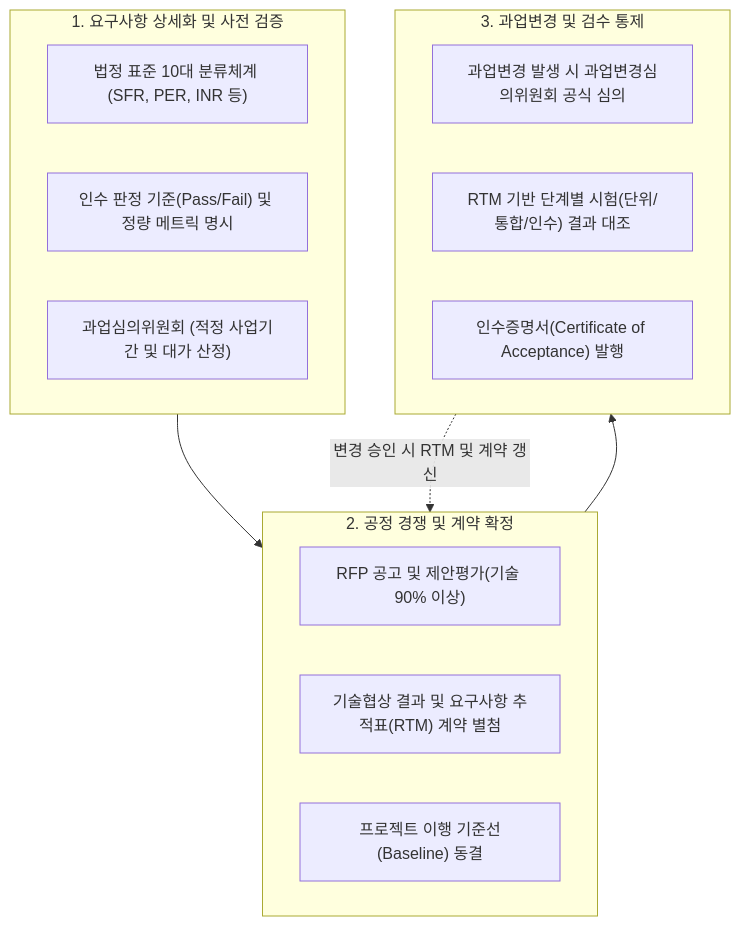
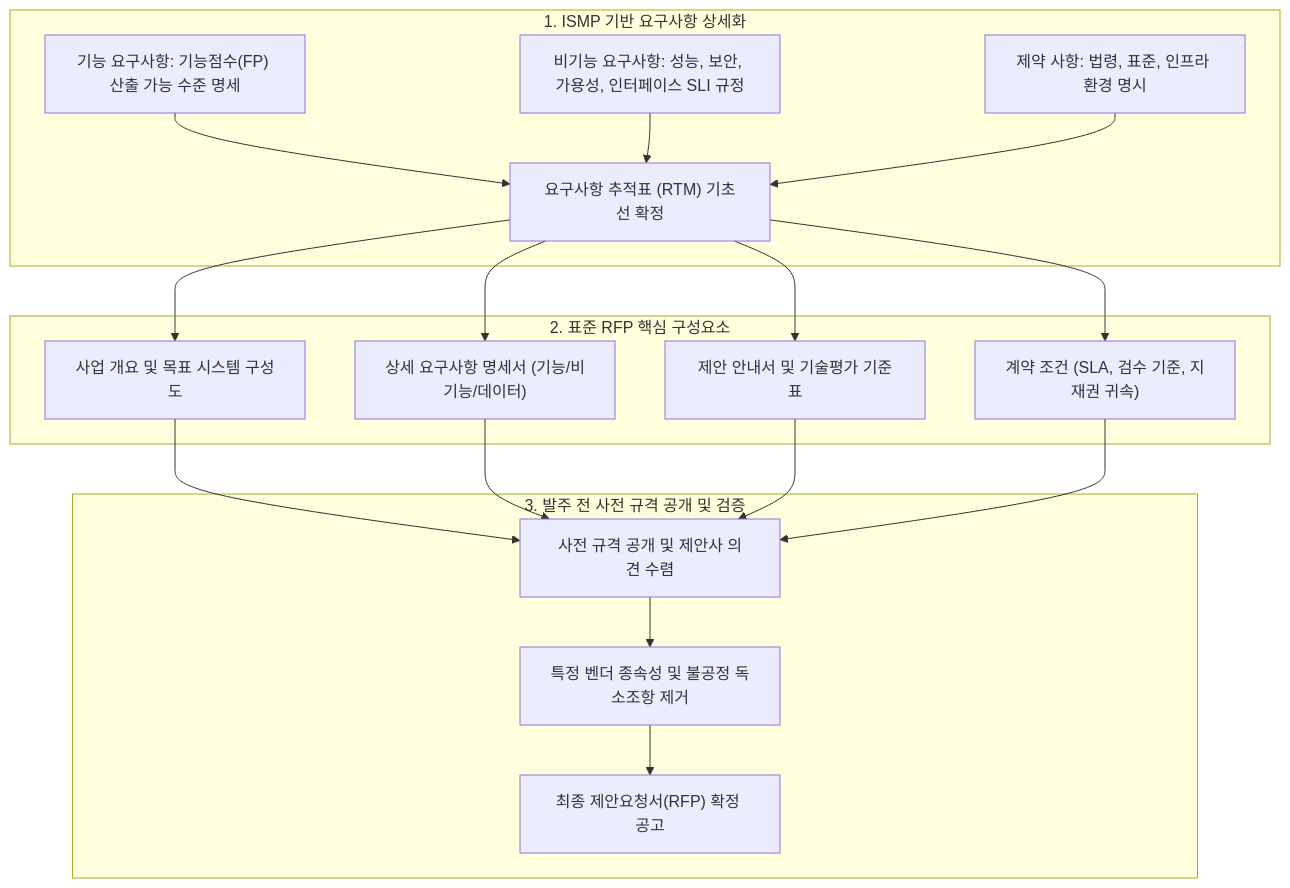
One commit to agnusdei1207/study changed the third of 4 diagrams in src/content/docs/notes/itpe/01-it-strategy/049_rfp.md. Above: the diagram before and after it, drawn with Mermaid. The commit also changed other lines of this file and 80 other files, not shown here.

````diff
--- a/src/content/docs/notes/itpe/01-it-strategy/049_rfp.md
+++ b/src/content/docs/notes/itpe/01-it-strategy/049_rfp.md
@@ -127,22 +130,22 @@
 ```mermaid
 flowchart TD
-    subgraph PreReq["1. 요구사항 상세화 및 사전 검증"]
-        R1["법정 표준 10대 분류체계 (SFR, PER, INR 등)"]
-        R2["인수 판정 기준(Pass/Fail) 및 정량 메트릭 명시"]
-        R3["과업심의위원회 (적정 사업기간 및 대가 산정)"]
+    subgraph Preparation["1. ISMP 기반 요구사항 상세화"]
+        P1["기능 요구사항: 기능점수(FP) 산출 가능 수준 명세"]
+        P2["비기능 요구사항: 성능, 보안, 가용성, 인터페이스 SLI 규정"]
+        P3["제약 사항: 법령, 표준, 인프라 환경 명시"]
+        P1 & P2 & P3 --> P4["요구사항 추적표 (RTM) 기초선 확정"]
     end
-    subgraph Procurement["2. 공정 경쟁 및 계약 확정"]
-        P1["RFP 공고 및 제안평가(기술 90% 이상)"]
-        P2["기술협상 결과 및 요구사항 추적표(RTM) 계약 별첨"]
-        P3["프로젝트 이행 기준선(Baseline) 동결"]
+    subgraph RFP_Structure["2. 표준 RFP 핵심 구성요소"]
+        R1["사업 개요 및 목표 시스템 구성도"]
+        R2["상세 요구사항 명세서 (기능/비기능/데이터)"]
+        R3["제안 안내서 및 기술평가 기준표"]
+        R4["계약 조건 (SLA, 검수 기준, 지재권 귀속)"]
+        P4 --> R1 & R2 & R3 & R4
     end
-    subgraph PostContract["3. 과업변경 및 검수 통제"]
-        C1["과업변경 발생 시 과업변경심의위원회 공식 심의"]
-        C2["RTM 기반 단계별 시험(단위/통합/인수) 결과 대조"]
-        C3["인수증명서(Certificate of Acceptance) 발행"]
+    subgraph Review["3. 발주 전 사전 규격 공개 및 검증"]
+        V1["사전 규격 공개 및 제안사 의견 수렴"]
+        V2["특정 벤더 종속성 및 불공정 독소조항 제거"]
+        V3["최종 제안요청서(RFP) 확정 공고"]
+        R1 & R2 & R3 & R4 --> V1 --> V2 --> V3
     end
-
-    PreReq --> Procurement
-    Procurement --> PostContract
-    PostContract -.->|변경 승인 시 RTM 및 계약 갱신| Procurement
 ```
````
